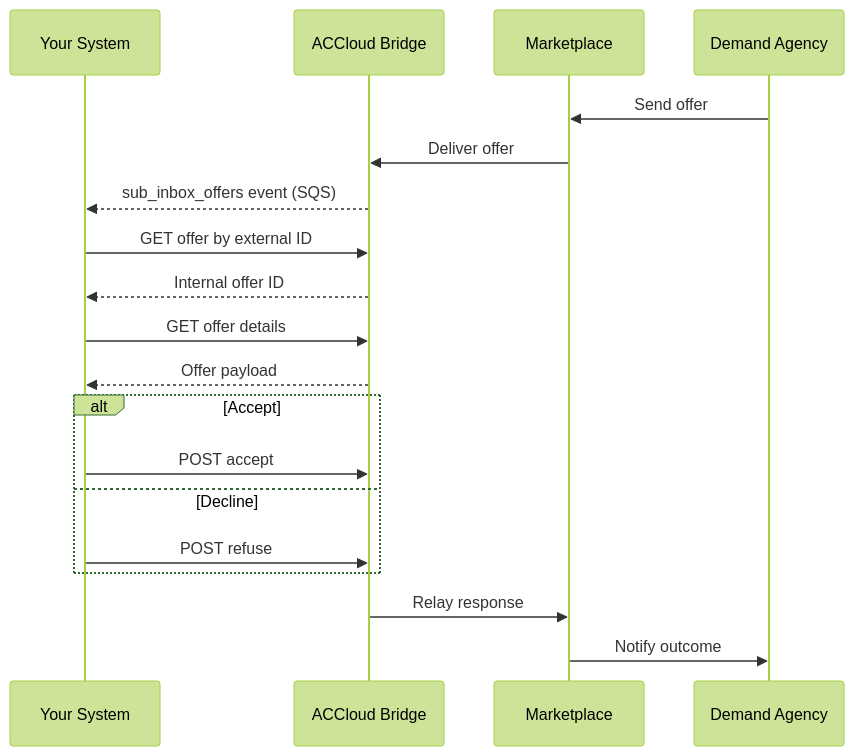
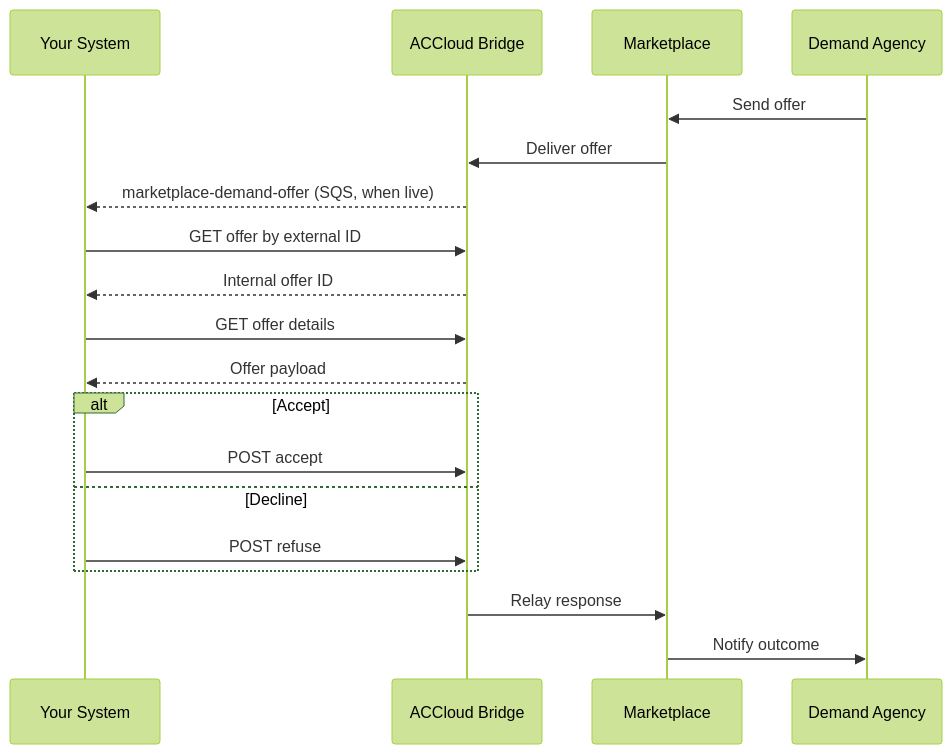
Before and after one commit to AlayaCare/alayamarket-third-party-integration: the diagram in docs/workflows/offers.md, drawn with Mermaid (forest theme). The commit also changed other lines of this file and 4 other files, not shown here.

First line of the commit message:
docs: align SQS subscriptions with ACC marketplace event types

````diff
--- a/docs/workflows/offers.md
+++ b/docs/workflows/offers.md
@@ -128,22 +131,22 @@
 ```mermaid
 sequenceDiagram
     participant 3P as Your System
     participant AC as ACCloud Bridge
     participant MP as Marketplace
     participant DA as Demand Agency
 
     DA->>MP: Send offer
     MP->>AC: Deliver offer
-    AC-->>3P: sub_inbox_offers event (SQS)
+    AC-->>3P: marketplace-demand-offer (SQS, when live)
     3P->>AC: GET offer by external ID
     AC-->>3P: Internal offer ID
     3P->>AC: GET offer details
     AC-->>3P: Offer payload
     alt Accept
         3P->>AC: POST accept
     else Decline
         3P->>AC: POST refuse
     end
     AC->>MP: Relay response
     MP->>DA: Notify outcome
 ```
````
